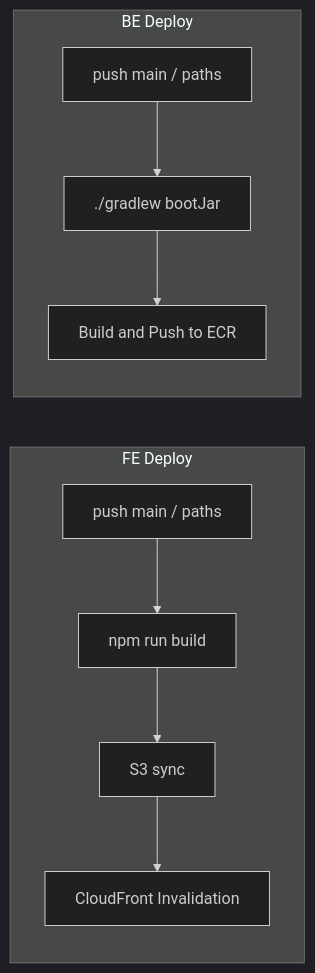
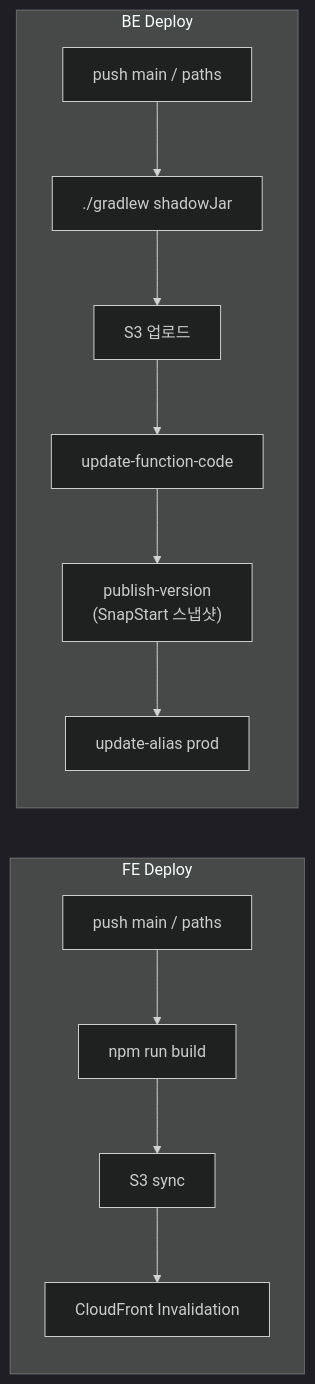
The second of 4 diagrams in docs/SYSTEM-ARCHITECTURE.md (BAECHAN/link-sphere_FE_NEW), drawn with Mermaid (dark theme) before and after one commit. The commit also changed other lines of this file and 1 other file, not shown here.

First line of the commit message:
docs(architecture): 시스템 아키텍처를 현재 인프라에 맞게 갱신

````diff
--- a/docs/SYSTEM-ARCHITECTURE.md
+++ b/docs/SYSTEM-ARCHITECTURE.md
@@ -49,16 +55,19 @@
 ```mermaid
 flowchart LR
   subgraph fe_deploy [FE Deploy]
     FE_Trigger["push main / paths"]
     FE_Build["npm run build"]
     FE_S3["S3 sync"]
     FE_CF["CloudFront Invalidation"]
     FE_Trigger --> FE_Build --> FE_S3 --> FE_CF
   end
   subgraph be_deploy [BE Deploy]
     BE_Trigger["push main / paths"]
-    BE_Jar["./gradlew bootJar"]
-    BE_ECR["Build and Push to ECR"]
-    BE_Trigger --> BE_Jar --> BE_ECR
+    BE_Jar["./gradlew shadowJar"]
+    BE_S3["S3 업로드"]
+    BE_Code["update-function-code"]
+    BE_Ver["publish-version<br/>(SnapStart 스냅샷)"]
+    BE_Alias["update-alias prod"]
+    BE_Trigger --> BE_Jar --> BE_S3 --> BE_Code --> BE_Ver --> BE_Alias
   end
 ```
````
